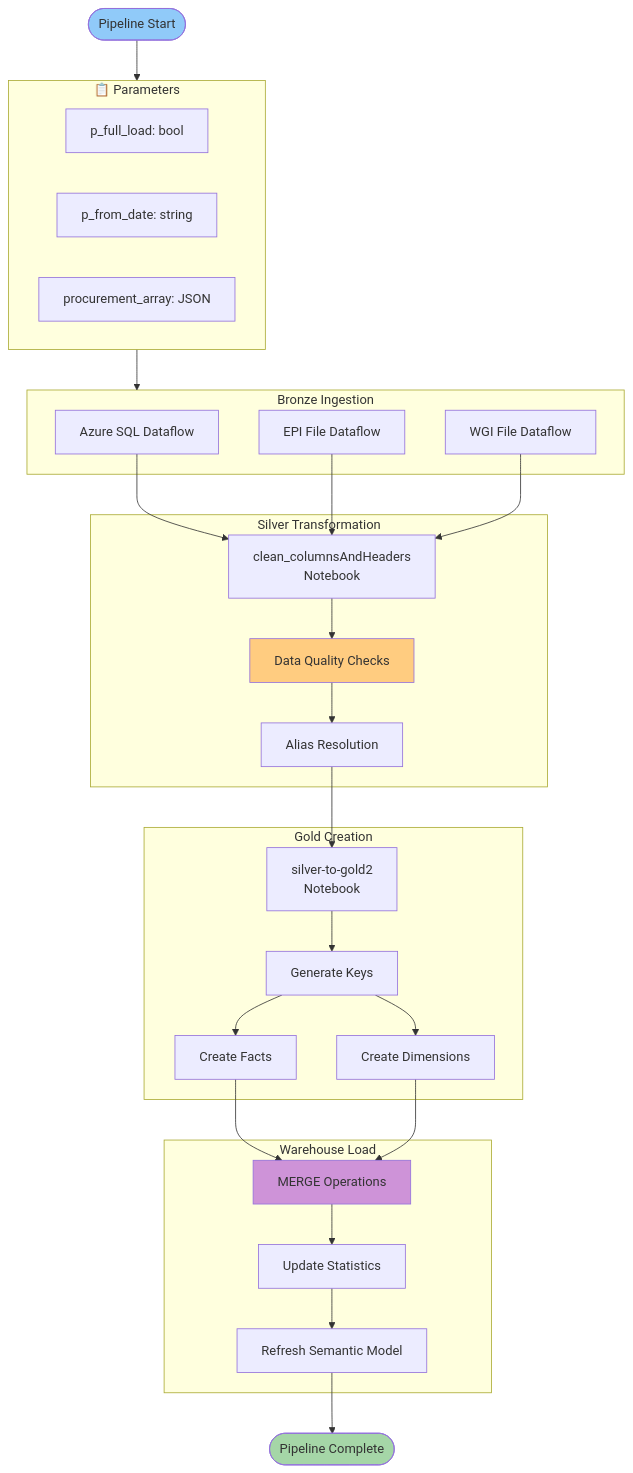
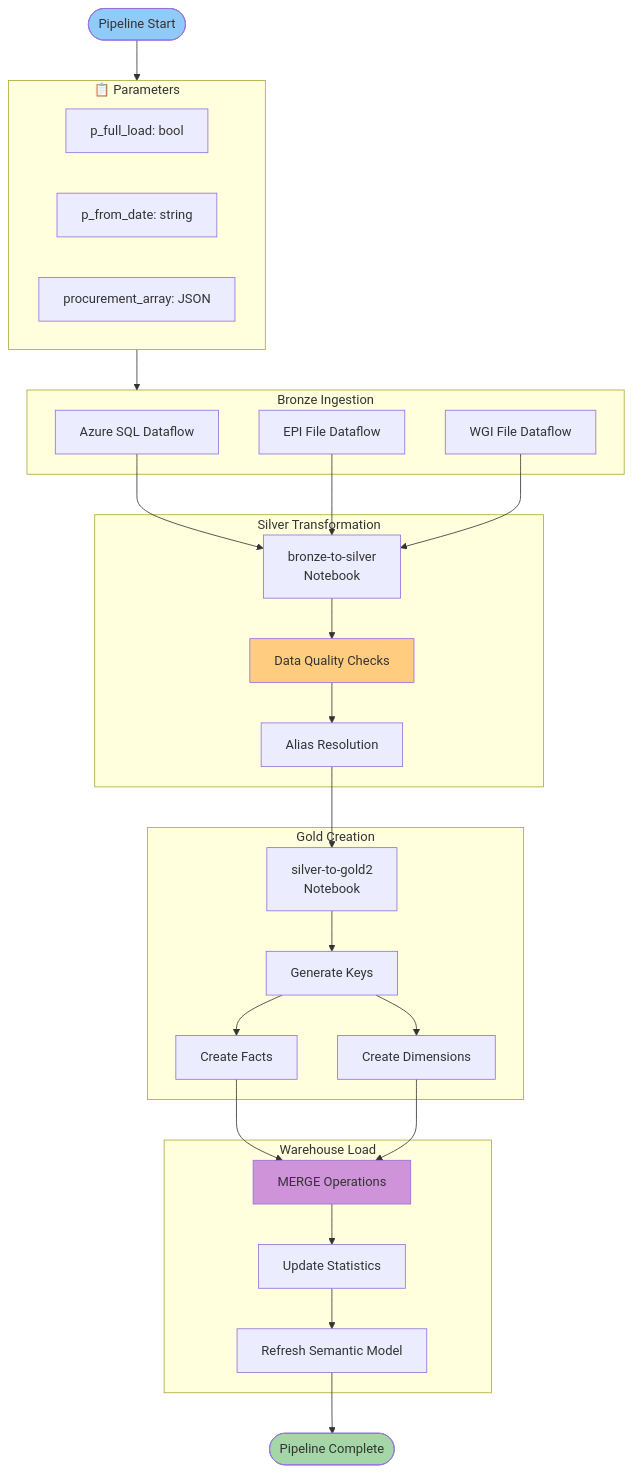
One commit to erikemilsson/OEMMatInsightBI changed the second of 4 diagrams in docs/architecture/data-flow-diagram.md. Above: the diagram before and after it, drawn with Mermaid. The commit also changed 26 other files, not shown here.

````diff
--- a/docs/architecture/data-flow-diagram.md
+++ b/docs/architecture/data-flow-diagram.md
@@ -92,59 +92,59 @@
 ```mermaid
 flowchart TB
     Start([Pipeline Start])
 
     subgraph Params["📋 Parameters"]
         P1[p_full_load: bool]
         P2[p_from_date: string]
         P3[procurement_array: JSON]
     end
 
     subgraph Bronze["Bronze Ingestion"]
         B1[Azure SQL Dataflow]
         B2[EPI File Dataflow]
         B3[WGI File Dataflow]
     end
 
     subgraph Silver["Silver Transformation"]
-        S1[clean_columnsAndHeaders<br/>Notebook]
+        S1[bronze-to-silver<br/>Notebook]
         S2[Data Quality Checks]
         S3[Alias Resolution]
     end
 
     subgraph Gold["Gold Creation"]
         G1[silver-to-gold2<br/>Notebook]
         G2[Generate Keys]
         G3[Create Facts]
         G4[Create Dimensions]
     end
 
     subgraph Load["Warehouse Load"]
         L1[MERGE Operations]
         L2[Update Statistics]
         L3[Refresh Semantic Model]
     end
 
     End([Pipeline Complete])
 
     Start --> Params
     Params --> Bronze
     B1 --> S1
     B2 --> S1
     B3 --> S1
     S1 --> S2
     S2 --> S3
     S3 --> G1
     G1 --> G2
     G2 --> G3
     G2 --> G4
     G3 --> L1
     G4 --> L1
     L1 --> L2
     L2 --> L3
     L3 --> End
 
     style Start fill:#90caf9
     style End fill:#a5d6a7
     style S2 fill:#ffcc80
     style L1 fill:#ce93d8
 ```
````
